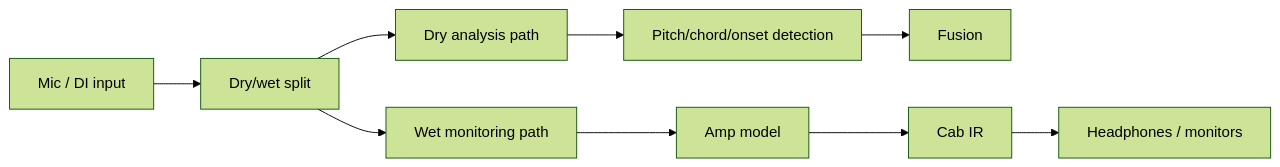
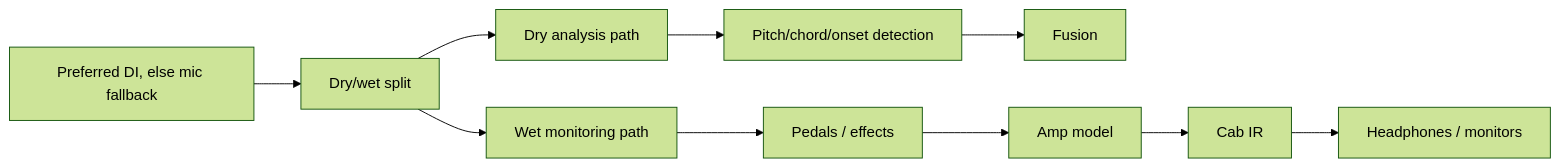
The second of 2 diagrams in docs/architecture-hypothesis.md (michaeljtommaso/guitar-training-software), drawn with Mermaid (forest theme) before and after one commit. The commit also changed other lines of this file and 7 other files, not shown here.

````diff
--- a/docs/architecture-hypothesis.md
+++ b/docs/architecture-hypothesis.md
@@ -36,11 +38,12 @@
 ```mermaid
 flowchart LR
-  In[Mic / DI input] --> Split[Dry/wet split]
+  In[Preferred DI, else mic fallback] --> Split[Dry/wet split]
   Split --> Dry[Dry analysis path]
   Dry --> Audio[Pitch/chord/onset detection]
   Audio --> Fusion
   Split --> Wet[Wet monitoring path]
-  Wet --> Amp[Amp model]
+  Wet --> Pedals[Pedals / effects]
+  Pedals --> Amp[Amp model]
   Amp --> Cab[Cab IR]
   Cab --> Out[Headphones / monitors]
 ```
````
